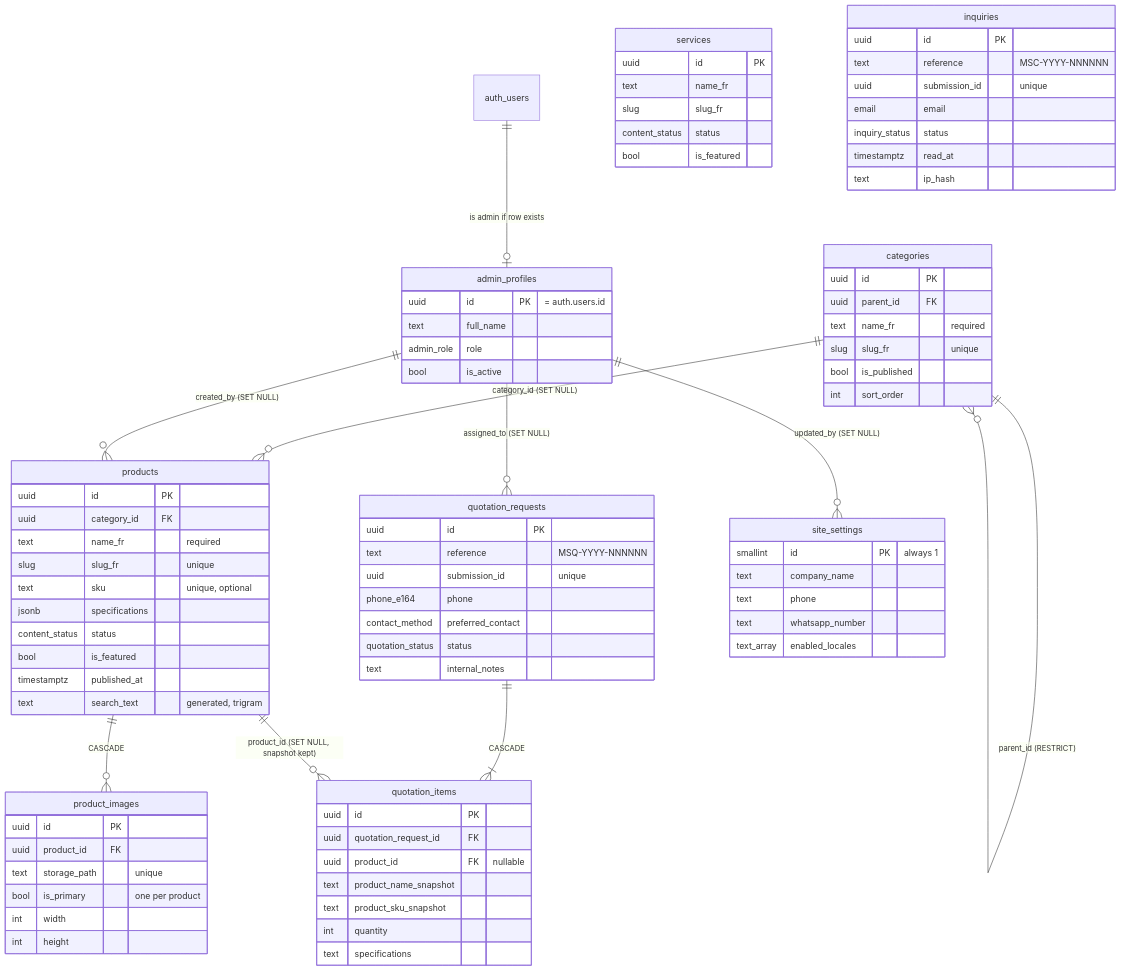
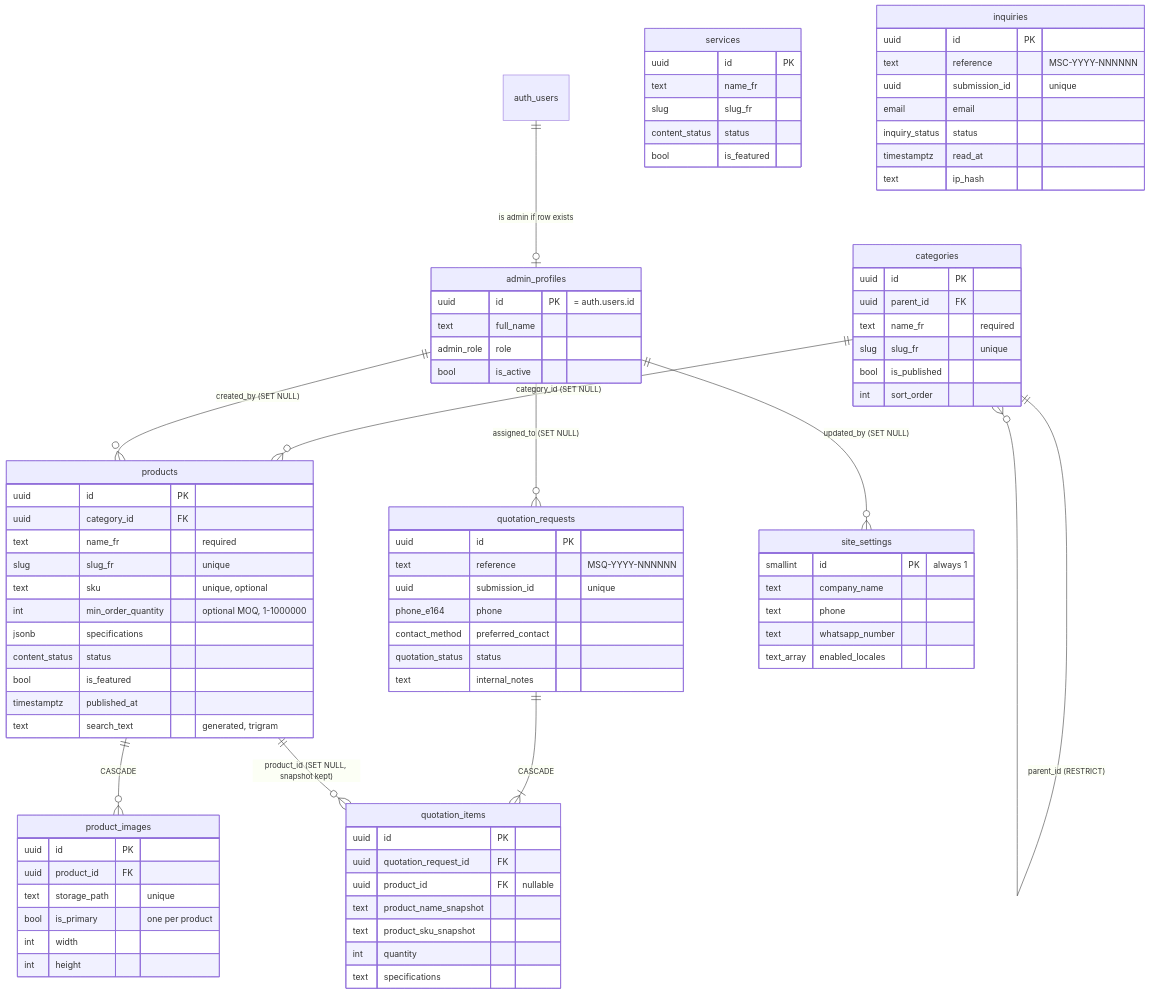
One commit to aminemaliki7/mslab-website changed the diagram in docs/DATABASE_SCHEMA.md. Above: the diagram before and after it, drawn with Mermaid. The commit also changed 68 other files, not shown here.

````diff
--- a/docs/DATABASE_SCHEMA.md
+++ b/docs/DATABASE_SCHEMA.md
@@ -9,22 +9,22 @@
 ```mermaid
 erDiagram
   auth_users ||--o| admin_profiles : "is admin if row exists"
   categories ||--o{ categories : "parent_id (RESTRICT)"
   categories ||--o{ products : "category_id (SET NULL)"
   products ||--o{ product_images : "CASCADE"
   admin_profiles ||--o{ products : "created_by (SET NULL)"
   quotation_requests ||--|{ quotation_items : "CASCADE"
   products ||--o{ quotation_items : "product_id (SET NULL, snapshot kept)"
   admin_profiles ||--o{ quotation_requests : "assigned_to (SET NULL)"
   admin_profiles ||--o{ site_settings : "updated_by (SET NULL)"
 
   admin_profiles { uuid id PK "= auth.users.id" text full_name admin_role role bool is_active }
   categories { uuid id PK uuid parent_id FK text name_fr "required" slug slug_fr "unique" bool is_published int sort_order }
-  products { uuid id PK uuid category_id FK text name_fr "required" slug slug_fr "unique" text sku "unique, optional" jsonb specifications content_status status bool is_featured timestamptz published_at text search_text "generated, trigram" }
+  products { uuid id PK uuid category_id FK text name_fr "required" slug slug_fr "unique" text sku "unique, optional" int min_order_quantity "optional MOQ, 1-1000000" jsonb specifications content_status status bool is_featured timestamptz published_at text search_text "generated, trigram" }
   product_images { uuid id PK uuid product_id FK text storage_path "unique" bool is_primary "one per product" int width int height }
   services { uuid id PK text name_fr slug slug_fr content_status status bool is_featured }
   inquiries { uuid id PK text reference "MSC-YYYY-NNNNNN" uuid submission_id "unique" email email inquiry_status status timestamptz read_at text ip_hash }
   quotation_requests { uuid id PK text reference "MSQ-YYYY-NNNNNN" uuid submission_id "unique" phone_e164 phone contact_method preferred_contact quotation_status status text internal_notes }
   quotation_items { uuid id PK uuid quotation_request_id FK uuid product_id FK "nullable" text product_name_snapshot text product_sku_snapshot int quantity text specifications }
   site_settings { smallint id PK "always 1" text company_name text phone text whatsapp_number text_array enabled_locales }
 ```
````
